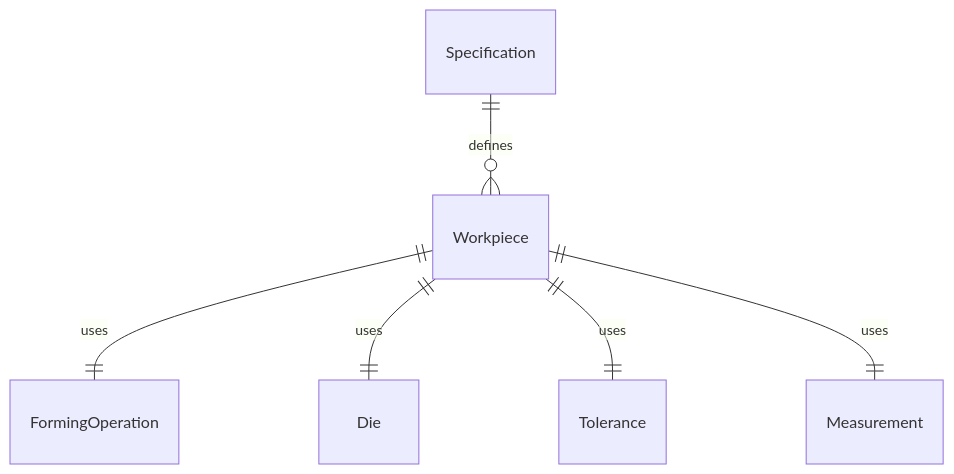
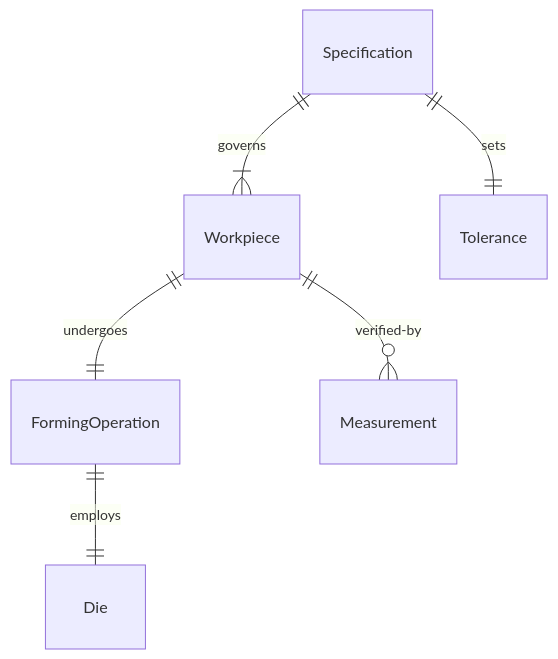
The first of 4 diagrams in HandlingAndMovingObjects/ShapeMaterialsToCreateProducts/ReshapeMetalWorkpiecesEstablishedSpecifications.mdx (dot-org-ai/tasks.org.ai), drawn with Mermaid before and after one commit. The commit also changed other lines of this file and 515 other files, not shown here.

````diff
--- a/HandlingAndMovingObjects/ShapeMaterialsToCreateProducts/ReshapeMetalWorkpiecesEstablishedSpecifications.mdx
+++ b/HandlingAndMovingObjects/ShapeMaterialsToCreateProducts/ReshapeMetalWorkpiecesEstablishedSpecifications.mdx
@@ -88,8 +88,8 @@
 ```mermaid
 erDiagram
-    Specification ||--o{ Workpiece : "defines"
-    Workpiece ||--|| FormingOperation : "uses"
-    Workpiece ||--|| Die : "uses"
-    Workpiece ||--|| Tolerance : "uses"
-    Workpiece ||--|| Measurement : "uses"
+    Specification ||--|{ Workpiece : "governs"
+    Workpiece ||--|| FormingOperation : "undergoes"
+    FormingOperation ||--|| Die : "employs"
+    Specification ||--|| Tolerance : "sets"
+    Workpiece ||--o{ Measurement : "verified-by"
 ```
````
